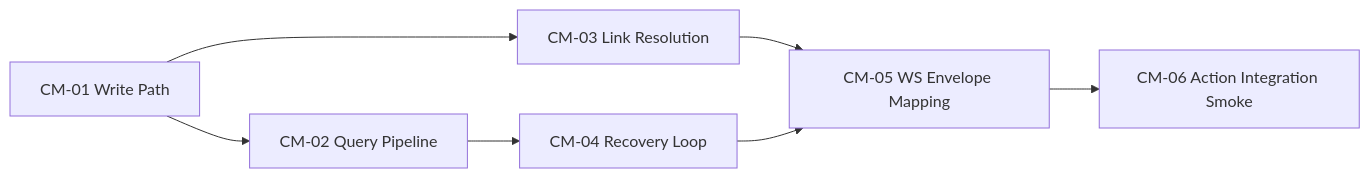
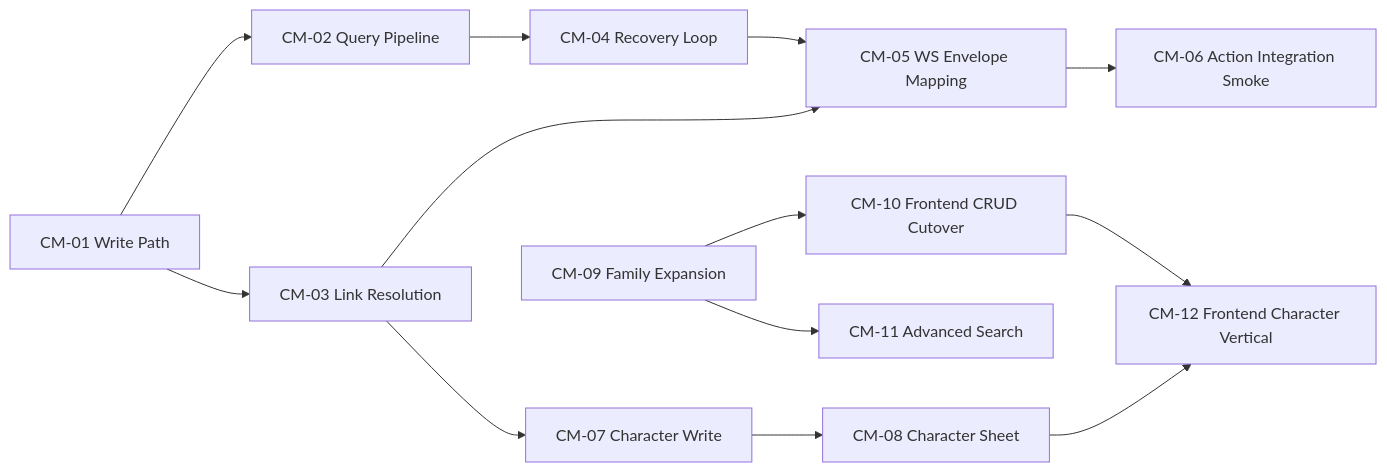
Before and after one commit to Pixelfehler310/cmv2: the diagram in ISSUES/architecture/02_implementations/SPRINT_02_CONTENT_MANAGEMENT_BOARD.md, drawn with Mermaid. The commit also changed other lines of this file and 15 other files, not shown here.

````diff
--- a/ISSUES/architecture/02_implementations/SPRINT_02_CONTENT_MANAGEMENT_BOARD.md
+++ b/ISSUES/architecture/02_implementations/SPRINT_02_CONTENT_MANAGEMENT_BOARD.md
@@ -104,9 +119,15 @@
 ```mermaid
 flowchart LR
     CM01[CM-01 Write Path] --> CM02[CM-02 Query Pipeline]
     CM01 --> CM03[CM-03 Link Resolution]
     CM02 --> CM04[CM-04 Recovery Loop]
     CM03 --> CM05[CM-05 WS Envelope Mapping]
     CM04 --> CM05
     CM05 --> CM06[CM-06 Action Integration Smoke]
+    CM03 --> CM07[CM-07 Character Write]
+    CM07 --> CM08[CM-08 Character Sheet]
+    CM08 --> CM12[CM-12 Frontend Character Vertical]
+    CM09[CM-09 Family Expansion] --> CM10[CM-10 Frontend CRUD Cutover]
+    CM09 --> CM11[CM-11 Advanced Search]
+    CM10 --> CM12
 ```
````
